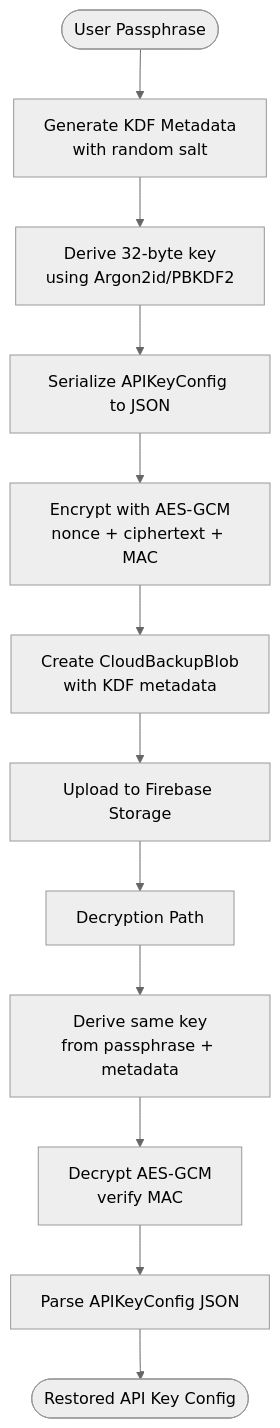
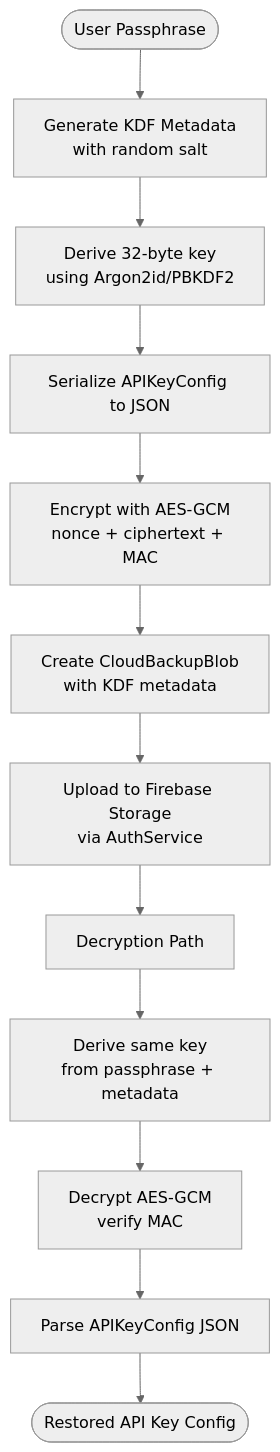
The seventh of 13 diagrams in .qoder/repowiki/en/content/Core Services/BYOK Manager/Cloud Backup Integration.md (JAaron93/StyleSync), drawn with Mermaid (neutral theme) before and after one commit. The commit also changed other lines of this file and 36 other files, not shown here.

````diff
--- a/.qoder/repowiki/en/content/Core Services/BYOK Manager/Cloud Backup Integration.md
+++ b/.qoder/repowiki/en/content/Core Services/BYOK Manager/Cloud Backup Integration.md
@@ -275,14 +325,14 @@
 ```mermaid
 flowchart TD
 Input([User Passphrase]) --> GenerateMetadata["Generate KDF Metadata<br/>with random salt"]
 GenerateMetadata --> DeriveKey["Derive 32-byte key<br/>using Argon2id/PBKDF2"]
 DeriveKey --> SerializeConfig["Serialize APIKeyConfig to JSON"]
 SerializeConfig --> Encrypt["Encrypt with AES-GCM<br/>nonce + ciphertext + MAC"]
 Encrypt --> CreateBlob["Create CloudBackupBlob<br/>with KDF metadata"]
-CreateBlob --> Upload["Upload to Firebase Storage"]
+CreateBlob --> Upload["Upload to Firebase Storage<br/>via AuthService"]
 Upload --> DecryptPath["Decryption Path"]
 DecryptPath --> DeriveKey2["Derive same key<br/>from passphrase + metadata"]
 DeriveKey2 --> Decrypt2["Decrypt AES-GCM<br/>verify MAC"]
 Decrypt2 --> ParseConfig["Parse APIKeyConfig JSON"]
 ParseConfig --> Output([Restored API Key Config])
 ```
````
